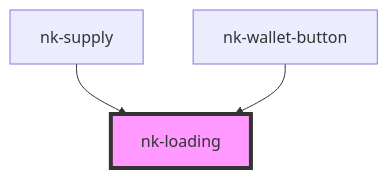
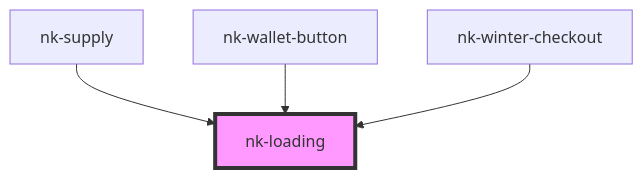
The diagram in src/components/nk-loading/readme.md (niftykit-inc/components), drawn with Mermaid before and after one commit. The commit also changed other lines of this file and 5 other files, not shown here.

````diff
--- a/src/components/nk-loading/readme.md
+++ b/src/components/nk-loading/readme.md
@@ -16,6 +17,7 @@
 ```mermaid
 graph TD;
   nk-supply --> nk-loading
   nk-wallet-button --> nk-loading
+  nk-winter-checkout --> nk-loading
   style nk-loading fill:#f9f,stroke:#333,stroke-width:4px
 ```
````
